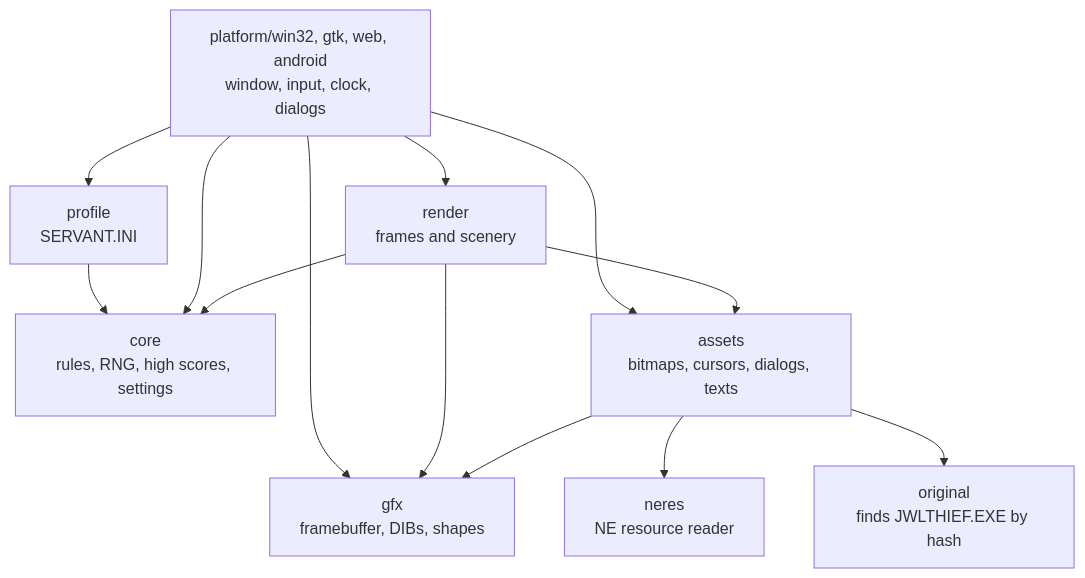
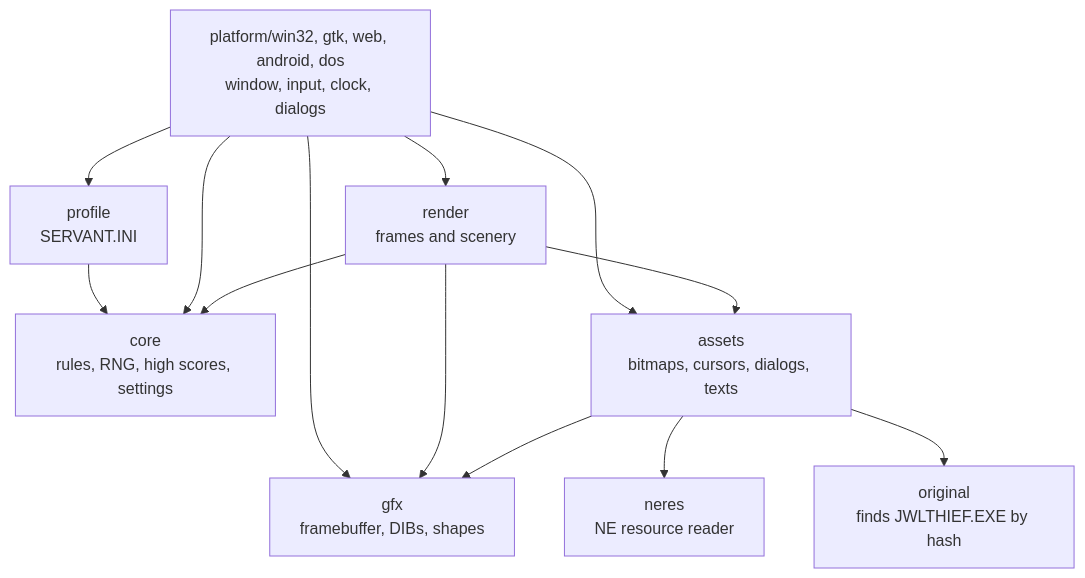
The diagram in README.md (hfantini/ai_recompilation_jthief), drawn with Mermaid before and after one commit. The commit also changed other lines of this file and 40 other files, not shown here.

````diff
--- a/README.md
+++ b/README.md
@@ -188,24 +244,24 @@
 ```mermaid
 flowchart TD
-    platform["platform/win32, gtk, web, android<br/>window, input, clock, dialogs"]
+    platform["platform/win32, gtk, web, android, dos<br/>window, input, clock, dialogs"]
     profile["profile<br/>SERVANT.INI"]
     render["render<br/>frames and scenery"]
     core["core<br/>rules, RNG, high scores, settings"]
     gfx["gfx<br/>framebuffer, DIBs, shapes"]
     assets["assets<br/>bitmaps, cursors, dialogs, texts"]
     neres["neres<br/>NE resource reader"]
     original["original<br/>finds JWLTHIEF.EXE by hash"]
 
     platform --> render
     platform --> profile
     profile --> core
     platform --> gfx
     platform --> core
     platform --> assets
     render --> core
     render --> gfx
     render --> assets
     assets --> gfx
     assets --> neres
     assets --> original
 ```
````
